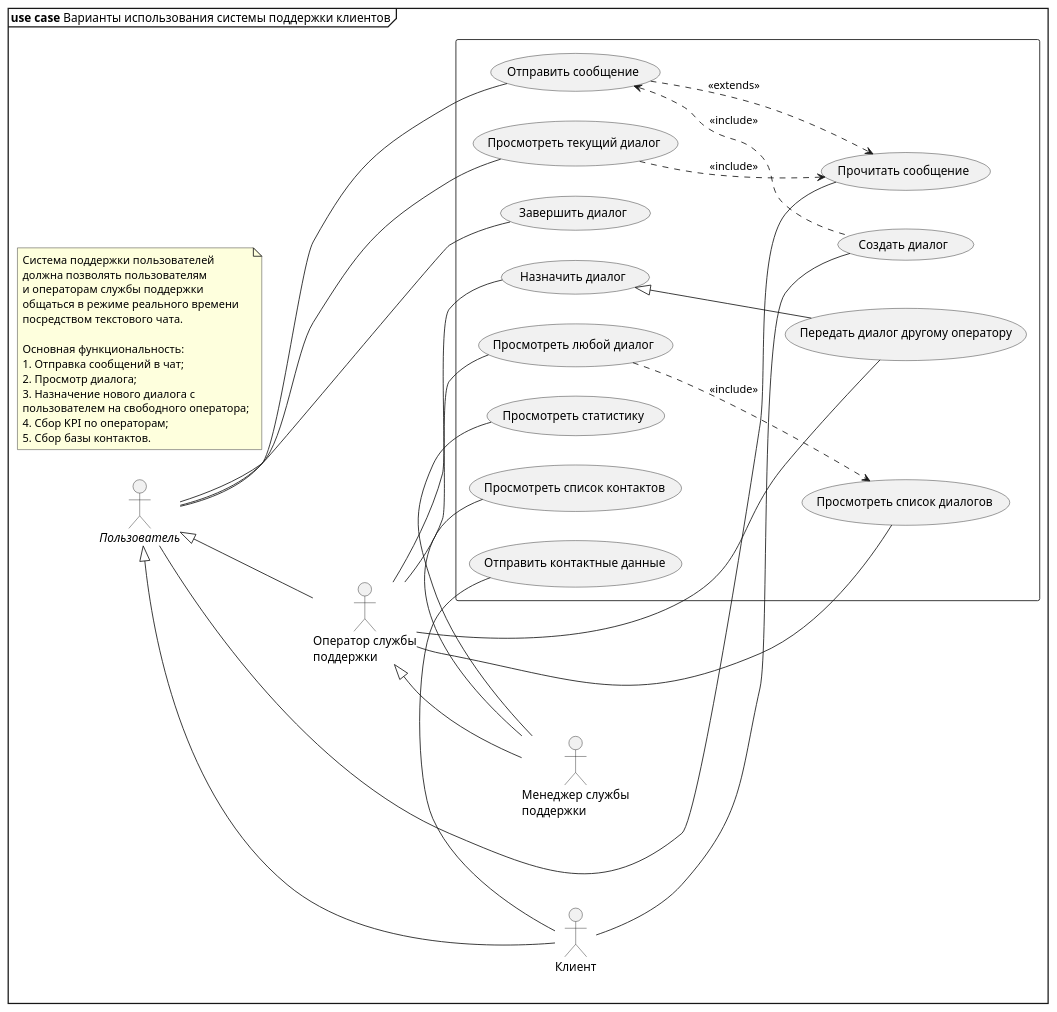
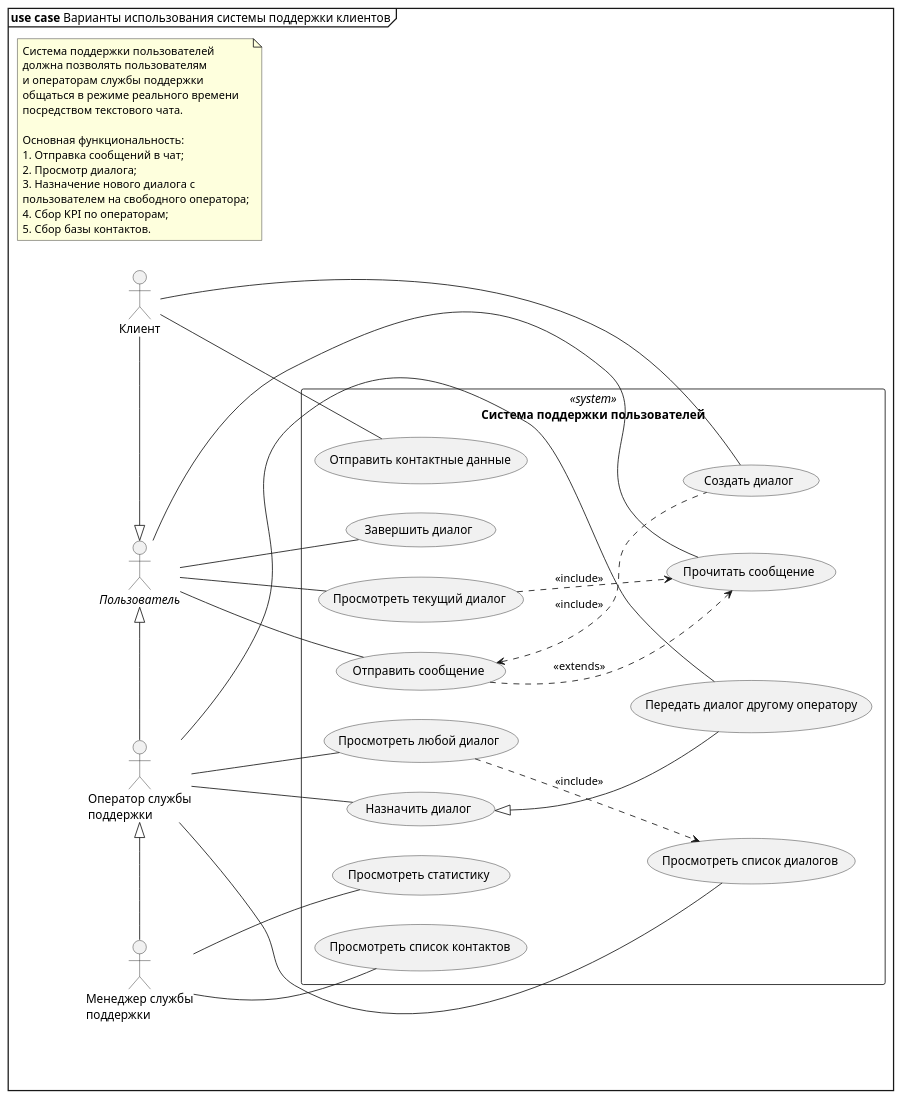
The diagram in lecture-02/use-case.puml (is-uml-y25/lectures), drawn with PlantUML before and after one commit. The commit also changed 1 other file, not shown here.

Commit message:
refactor: improve diagram layout

```diff
--- a/lecture-02/use-case.puml
+++ b/lecture-02/use-case.puml
@@ -1,72 +1,72 @@
 @startuml "Activity diagram Lecture"
 
 left to right direction
 
 mainframe <b>use case</b> Варианты использования системы поддержки клиентов
 
 note as Req <<requirement>>
     Система поддержки пользователей
     должна позволять пользователям
     и операторам службы поддержки
     общаться в режиме реального времени
     посредством текстового чата.
 
     Основная функциональность:
     1. Отправка сообщений в чат;
     2. Просмотр диалога;
     3. Назначение нового диалога с 
     пользователем на свободного оператора;
     4. Сбор KPI по операторам;
     5. Сбор базы контактов.
 endnote
 
 :Клиент: as Client
 :Оператор службы\nподдержки: as Support
 :Менеджер службы\nподдержки: as Manager
 ://Пользователь//: as User
 
-Support <|-- Manager
-User <|-- Client
-User <|-- Support
+Support <|- Manager
+Client -|> User
+User <|- Support
 
-rectangle {
+rectangle "Система поддержки пользователей" <<system>> {
     usecase "Отправить сообщение" as UC1
     usecase "Создать диалог" as UC2
+    usecase "Прочитать сообщение" as UC4
+    usecase "Завершить диалог" as UC5
     usecase "Просмотреть текущий диалог" as UC3.1
     usecase "Просмотреть любой диалог" as UC3.2
-    usecase "Прочитать сообщение" as UC4
-    usecase "Завершить диалог" as UC5
     usecase "Назначить диалог" as UC6
     usecase "Передать диалог другому оператору" as UC7
     usecase "Просмотреть статистику" as UC8
     usecase "Просмотреть список диалогов" as UC9
     usecase "Отправить контактные данные" as UC10
     usecase "Просмотреть список контактов" as UC11
 }
 
-User - UC1
-User - UC3.1
-User - UC4
-User - UC5
+Client -- UC2
+Client -- UC10
 
-Client - UC2
-Client - UC10
+User -- UC1
+User -- UC4
+User -- UC3.1
+User -- UC5
 
-Support - UC7
-Support - UC6
-Support - UC9
-Support - UC3.2
+Support -- UC7
+Support -- UC6
+Support -- UC9
+Support -- UC3.2
 
-Manager - UC8
-Manager - UC11
+Manager -- UC8
+Manager -- UC11
 
 UC3.1 ..> UC4 : <<include>>
 UC1 ..> UC4 : <<extends>>
 
 UC3.2 ..> UC9 : <<include>>
 
 UC1 <.. UC2 : <<include>>
 
 UC6 <|-- UC7
 
 @enduml
```
